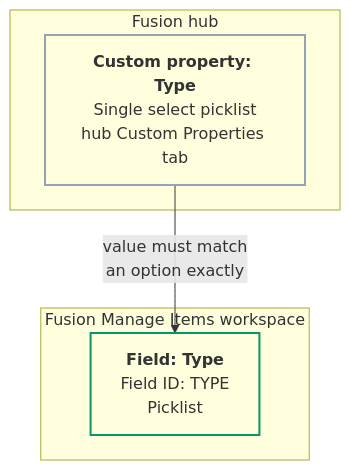
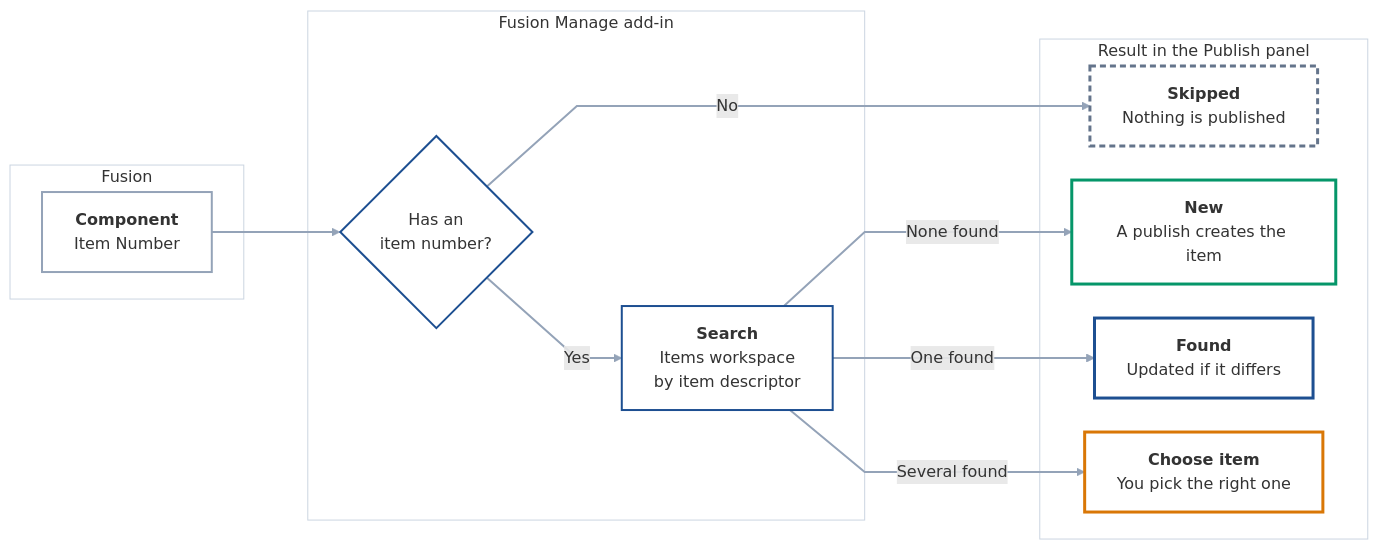
The diagram in docs/configuration/index.md (AHoop91/FusionToFusionManageAddon), drawn with Mermaid before and after one commit. The commit also changed other lines of this file and 25 other files, not shown here.

````diff
--- a/docs/configuration/index.md
+++ b/docs/configuration/index.md
@@ -211,15 +129,43 @@
 ```mermaid
-flowchart TB
-    subgraph FUSION["Fusion hub"]
-        P["<b>Custom property: Type</b><br/>Single select picklist<br/>hub Custom Properties tab"]
+%%{init: {"flowchart": {"curve": "linear", "nodeSpacing": 34, "rankSpacing": 64, "padding": 16}}}%%
+flowchart LR
+    subgraph FUSION["Fusion"]
+        C["<b>Component</b><br/>Item Number"]
     end
-    subgraph FM["Fusion Manage Items workspace"]
-        F["<b>Field: Type</b><br/>Field ID: TYPE<br/>Picklist"]
+
+    subgraph ADDIN["Fusion Manage add-in"]
+        H{"Has an<br/>item number?"}
+        S["<b>Search</b><br/>Items workspace<br/>by item descriptor"]
     end
-    P -->|"value must match<br/>an option exactly"| F
 
-    classDef src fill:transparent,stroke:#94a3b8,stroke-width:2px
-    classDef dst fill:transparent,stroke:#059669,stroke-width:2px
-    class P src
-    class F dst
+    subgraph RESULT["Result in the Publish panel"]
+        K["<b>Skipped</b><br/>Nothing is published"]
+        N["<b>New</b><br/>A publish creates the item"]
+        U["<b>Found</b><br/>Updated if it differs"]
+        X["<b>Choose item</b><br/>You pick the right one"]
+    end
+
+    C --> H
+    H -->|"No"| K
+    H -->|"Yes"| S
+    S -->|"None found"| N
+    S -->|"One found"| U
+    S -->|"Several found"| X
+
+    classDef source fill:transparent,stroke:#94a3b8,stroke-width:2px
+    classDef check fill:transparent,stroke:#1d4f91,stroke-width:2px
+    classDef created fill:transparent,stroke:#059669,stroke-width:3px
+    classDef found fill:transparent,stroke:#1d4f91,stroke-width:3px
+    classDef choose fill:transparent,stroke:#d97706,stroke-width:3px
+    classDef skipped fill:transparent,stroke:#64748b,stroke-width:3px,stroke-dasharray:6 4
+    class C source
+    class H,S check
+    class N created
+    class U found
+    class X choose
+    class K skipped
+    style FUSION fill:transparent,stroke:#cbd5e1,stroke-width:1px
+    style ADDIN fill:transparent,stroke:#cbd5e1,stroke-width:1px
+    style RESULT fill:transparent,stroke:#cbd5e1,stroke-width:1px
+    linkStyle default stroke:#94a3b8,stroke-width:2px
 ```
````
